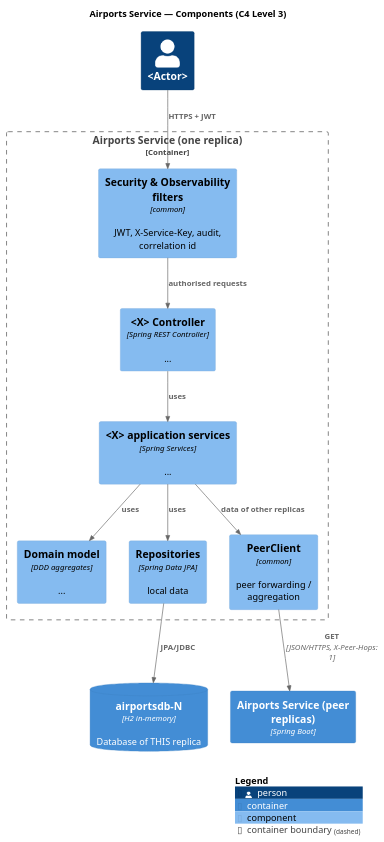
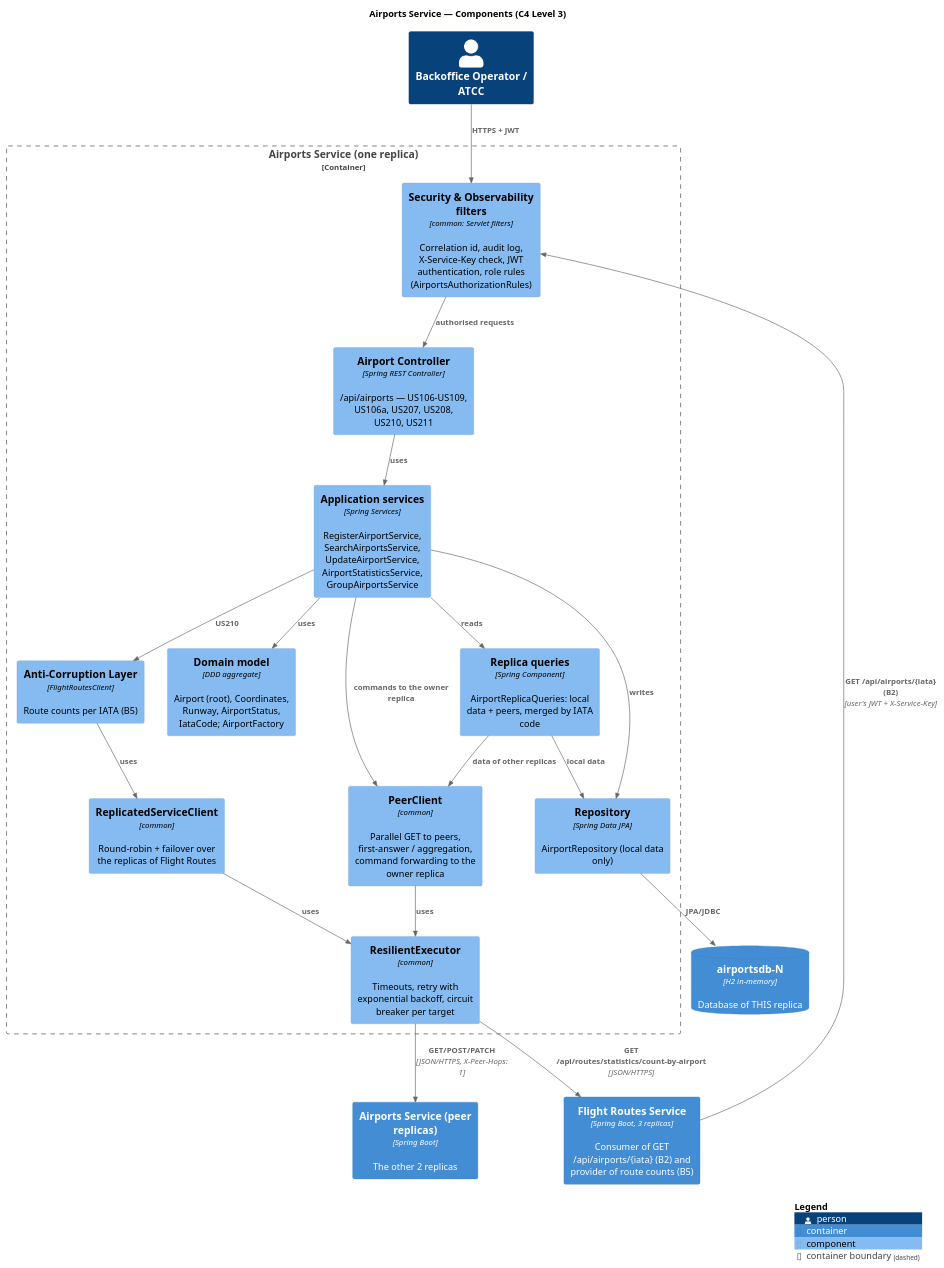
One commit to caetanotiago/Project_SIDIS changed the diagram in docs/3-components/airports/puml/C4-L3-Airports-Components.puml. Above: the diagram before and after it, drawn with PlantUML. The commit also changed 27 other files, not shown here.

```diff
--- a/docs/3-components/airports/puml/C4-L3-Airports-Components.puml
+++ b/docs/3-components/airports/puml/C4-L3-Airports-Components.puml
@@ -1,29 +1,43 @@
 @startuml C4-L3-Airports-Components
 !include <C4/C4_Component>
 LAYOUT_TOP_DOWN()
 title Airports Service — Components (C4 Level 3)
 
-Person(user, "<Actor>")
-Container(peer, "Airports Service (peer replicas)", "Spring Boot")
+Person(user, "Backoffice Operator / ATCC")
+Container(peer, "Airports Service (peer replicas)", "Spring Boot", "The other 2 replicas")
+Container(fr, "Flight Routes Service", "Spring Boot, 3 replicas", "Consumer of GET /api/airports/{iata} (B2) and provider of route counts (B5)")
 ContainerDb(db, "airportsdb-N", "H2 in-memory", "Database of THIS replica")
 
-Container_Boundary(svc, "Airports Service (one replica)") {
-    Component(sec, "Security & Observability filters", "common", "JWT, X-Service-Key, audit, correlation id")
-    Component(ctrl, "<X> Controller", "Spring REST Controller", "...")
-    Component(app, "<X> application services", "Spring Services", "...")
-    Component(domain, "Domain model", "DDD aggregates", "...")
-    Component(repos, "Repositories", "Spring Data JPA", "local data")
-    Component(peerClient, "PeerClient", "common", "peer forwarding / aggregation")
+Container_Boundary(ap, "Airports Service (one replica)") {
+    Component(sec, "Security & Observability filters", "common: Servlet filters", "Correlation id, audit log, X-Service-Key check, JWT authentication, role rules (AirportsAuthorizationRules)")
+    Component(ctrl, "Airport Controller", "Spring REST Controller", "/api/airports — US106-US109, US106a, US207, US208, US210, US211")
+    Component(svc, "Application services", "Spring Services", "RegisterAirportService, SearchAirportsService, UpdateAirportService, AirportStatisticsService, GroupAirportsService")
+    Component(replicaQ, "Replica queries", "Spring Component", "AirportReplicaQueries: local data + peers, merged by IATA code")
+    Component(domain, "Domain model", "DDD aggregate", "Airport (root), Coordinates, Runway, AirportStatus, IataCode; AirportFactory")
+    Component(repo, "Repository", "Spring Data JPA", "AirportRepository (local data only)")
+    Component(acl, "Anti-Corruption Layer", "FlightRoutesClient", "Route counts per IATA (B5)")
+    Component(peerClient, "PeerClient", "common", "Parallel GET to peers, first-answer / aggregation, command forwarding to the owner replica")
+    Component(repClient, "ReplicatedServiceClient", "common", "Round-robin + failover over the replicas of Flight Routes")
+    Component(resil, "ResilientExecutor", "common", "Timeouts, retry with exponential backoff, circuit breaker per target")
 }
 
 Rel(user, sec, "HTTPS + JWT")
+Rel(fr, sec, "GET /api/airports/{iata} (B2)", "user's JWT + X-Service-Key")
 Rel(sec, ctrl, "authorised requests")
-Rel(ctrl, app, "uses")
-Rel(app, domain, "uses")
-Rel(app, repos, "uses")
-Rel(repos, db, "JPA/JDBC")
-Rel(app, peerClient, "data of other replicas")
-Rel(peerClient, peer, "GET", "JSON/HTTPS, X-Peer-Hops: 1")
+Rel(ctrl, svc, "uses")
+Rel(svc, replicaQ, "reads")
+Rel(svc, domain, "uses")
+Rel(svc, repo, "writes")
+Rel(replicaQ, repo, "local data")
+Rel(repo, db, "JPA/JDBC")
+Rel(replicaQ, peerClient, "data of other replicas")
+Rel(svc, peerClient, "commands to the owner replica")
+Rel(svc, acl, "US210")
+Rel(acl, repClient, "uses")
+Rel(peerClient, resil, "uses")
+Rel(repClient, resil, "uses")
+Rel(resil, peer, "GET/POST/PATCH", "JSON/HTTPS, X-Peer-Hops: 1")
+Rel(resil, fr, "GET /api/routes/statistics/count-by-airport", "JSON/HTTPS")
 
 SHOW_LEGEND()
 @enduml
```
